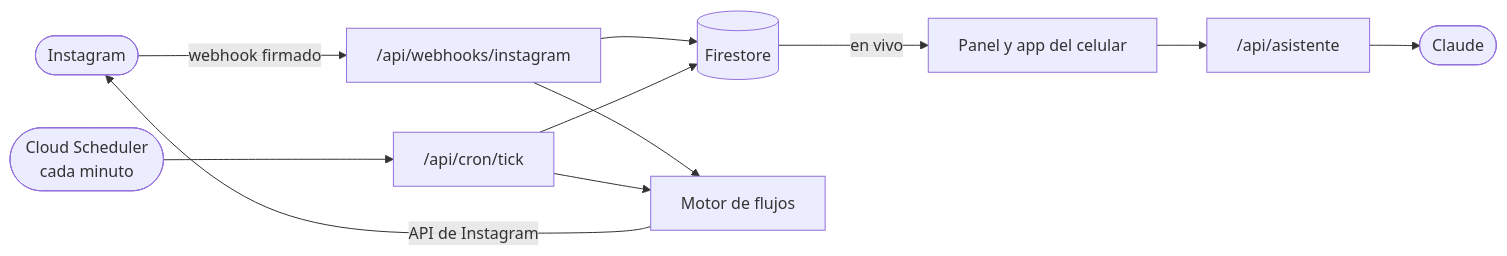
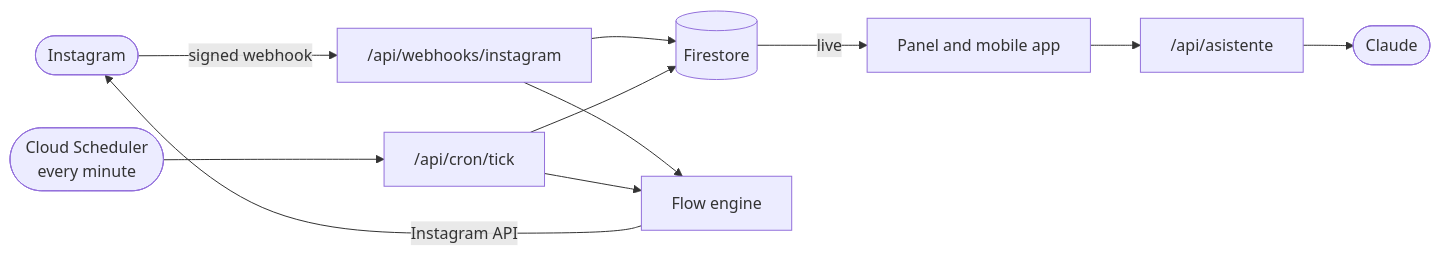
The diagram in README.md (brunovareliuu/chatty), drawn with Mermaid before and after one commit. The commit also changed other lines of this file and 5 other files, not shown here.

````diff
--- a/README.md
+++ b/README.md
@@ -349,12 +353,12 @@
 ```mermaid
 flowchart LR
-    IG([Instagram]) -- webhook firmado --> WH["/api/webhooks/instagram"]
+    IG([Instagram]) -- signed webhook --> WH["/api/webhooks/instagram"]
     WH --> FS[(Firestore)]
-    WH --> MOTOR[Motor de flujos]
-    MOTOR -- API de Instagram --> IG
-    FS -- en vivo --> PANEL[Panel y app del celular]
-    CRON([Cloud Scheduler<br/>cada minuto]) --> TICK["/api/cron/tick"]
-    TICK --> MOTOR
+    WH --> ENGINE[Flow engine]
+    ENGINE -- Instagram API --> IG
+    FS -- live --> PANEL[Panel and mobile app]
+    CRON([Cloud Scheduler<br/>every minute]) --> TICK["/api/cron/tick"]
+    TICK --> ENGINE
     TICK --> FS
-    PANEL --> ASIS["/api/asistente"] --> CLAUDE([Claude])
+    PANEL --> ASSIST["/api/asistente"] --> CLAUDE([Claude])
 ```
````
